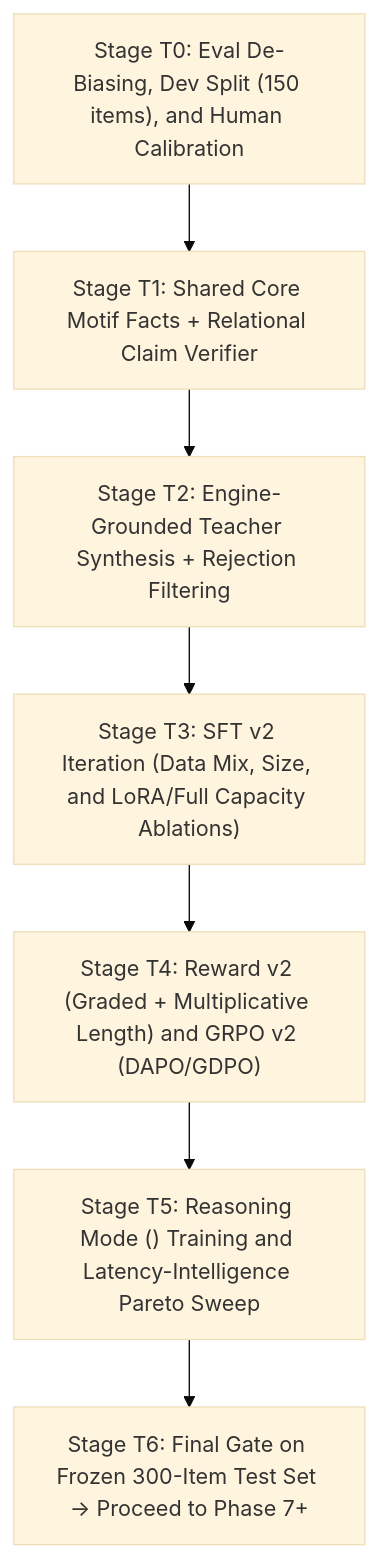
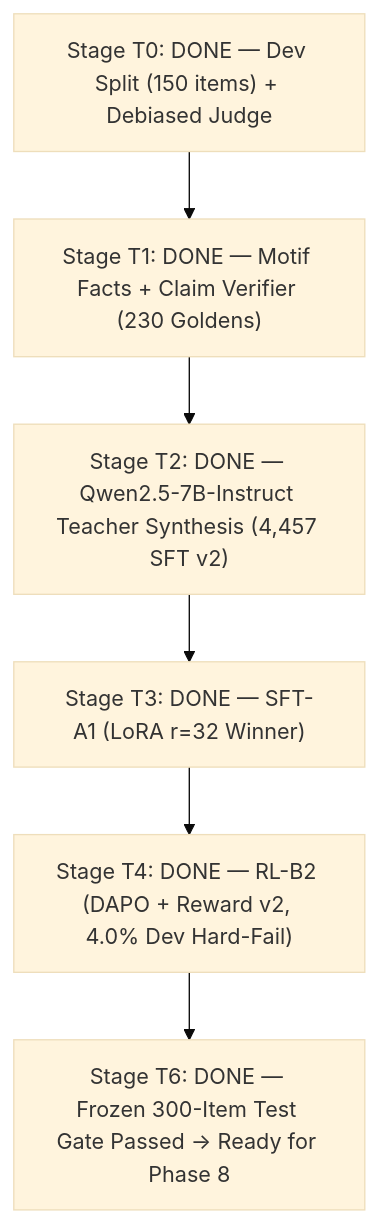
The diagram in TRAINING_PLAN.md (kleinebossie/second), drawn with Mermaid (base theme) before and after one commit. The commit also changed other lines of this file and 2 other files, not shown here.

First line of the commit message:
docs: record completion of Phase 6.5 2B capability upgrade and handoff guide

````diff
--- a/TRAINING_PLAN.md
+++ b/TRAINING_PLAN.md
@@ -76,9 +86,8 @@
 ```mermaid
 flowchart TD
-    T0["Stage T0: Eval De-Biasing, Dev Split (150 items), and Human Calibration"] --> T1["Stage T1: Shared Core Motif Facts + Relational Claim Verifier"]
-    T1 --> T2["Stage T2: Engine-Grounded Teacher Synthesis + Rejection Filtering"]
-    T2 --> T3["Stage T3: SFT v2 Iteration (Data Mix, Size, and LoRA/Full Capacity Ablations)"]
-    T3 --> T4["Stage T4: Reward v2 (Graded + Multiplicative Length) and GRPO v2 (DAPO/GDPO)"]
-    T4 --> T5["Stage T5: Reasoning Mode (<think>) Training and Latency-Intelligence Pareto Sweep"]
-    T5 --> T6["Stage T6: Final Gate on Frozen 300-Item Test Set -> Proceed to Phase 7+"]
+    T0["Stage T0: DONE — Dev Split (150 items) + Debiased Judge"] --> T1["Stage T1: DONE — Motif Facts + Claim Verifier (230 Goldens)"]
+    T1 --> T2["Stage T2: DONE — Qwen2.5-7B-Instruct Teacher Synthesis (4,457 SFT v2)"]
+    T2 --> T3["Stage T3: DONE — SFT-A1 (LoRA r=32 Winner)"]
+    T3 --> T4["Stage T4: DONE — RL-B2 (DAPO + Reward v2, 4.0% Dev Hard-Fail)"]
+    T4 --> T6["Stage T6: DONE — Frozen 300-Item Test Gate Passed -> Ready for Phase 8"]
 ```
````
